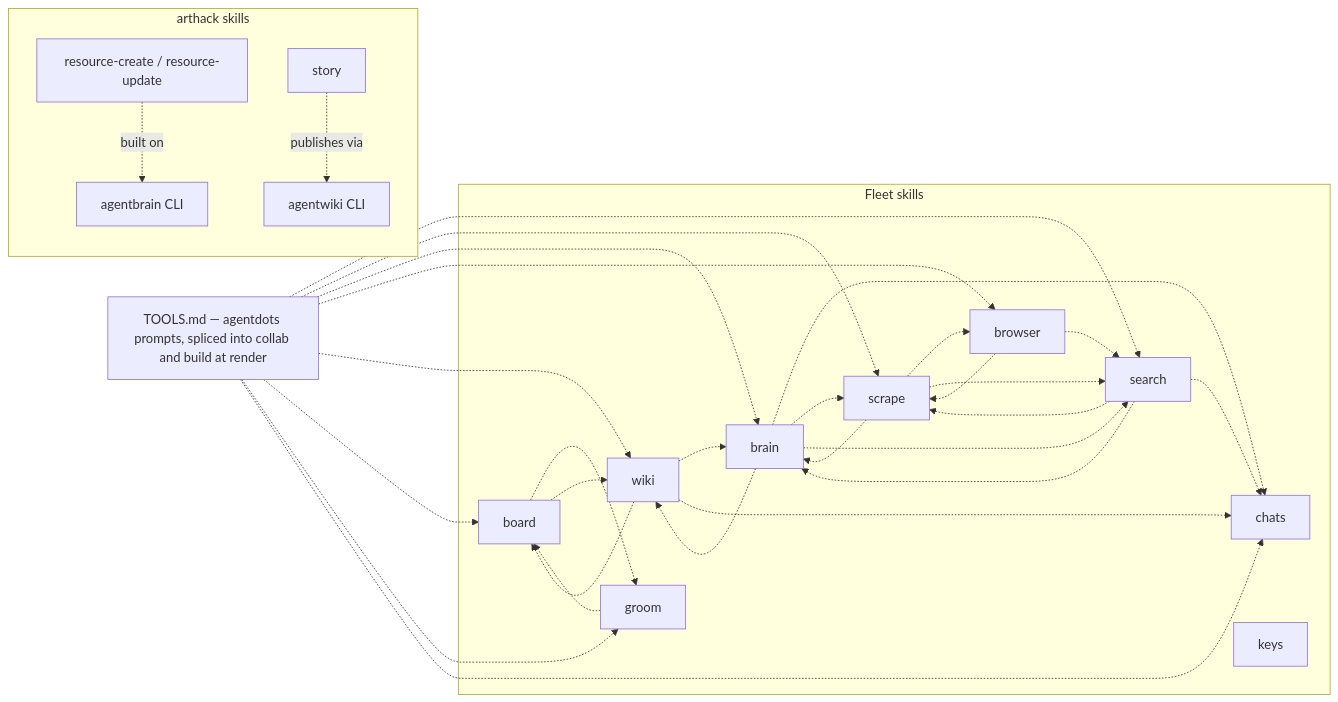
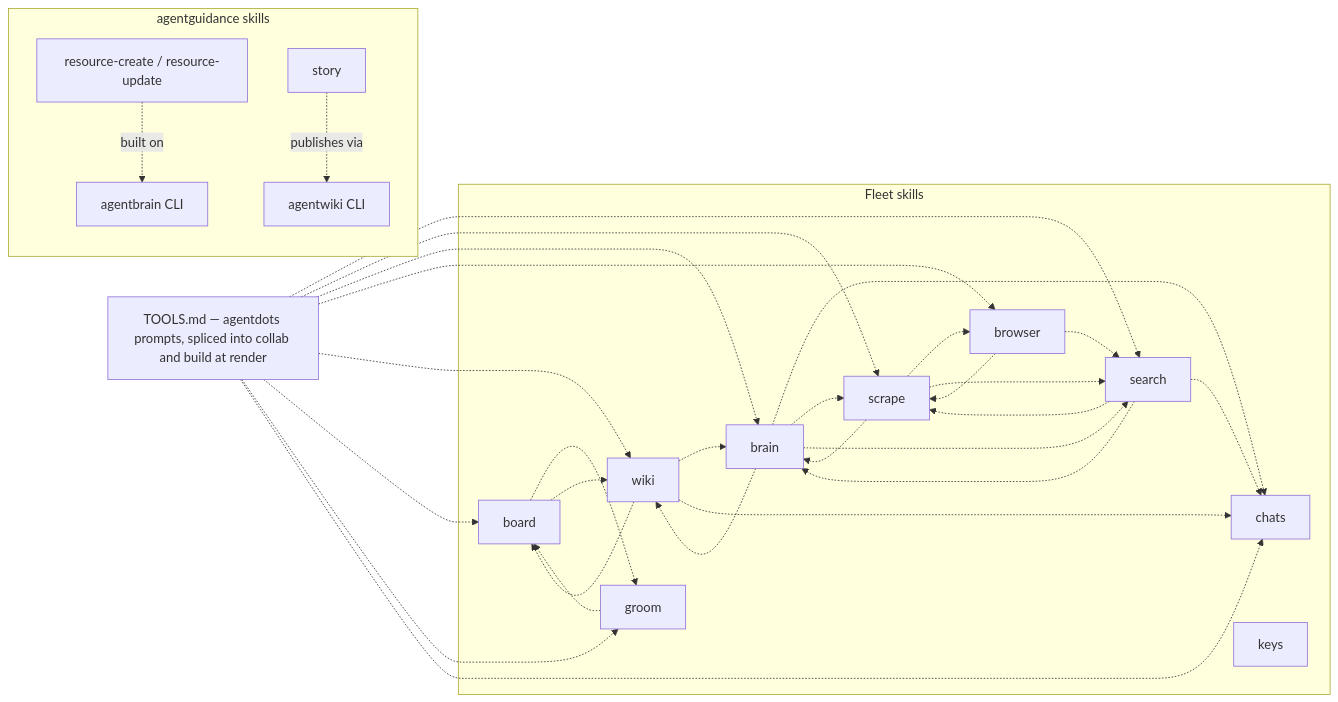
One commit to possibilities/agentdots changed the third of 3 diagrams in skills/fleet/MAP.md. Above: the diagram before and after it, drawn with Mermaid. The commit also changed other lines of this file and 10 other files, not shown here.

First line of the commit message:
arthack becomes agentguidance, a scan participant with a post-sync hook

````diff
--- a/skills/fleet/MAP.md
+++ b/skills/fleet/MAP.md
@@ -82,21 +82,21 @@
 ```mermaid
 flowchart LR
     subgraph fleetSkills [Fleet skills]
         board -.-> groom & wiki
         groom -.-> board
         brain -.-> chats & scrape & search & wiki
         scrape -.-> brain & browser & search
         search -.-> brain & chats & scrape
         browser -.-> scrape & search
         wiki -.-> board & brain & chats
         chats
         keys
     end
 
-    subgraph arthackSkills [arthack skills]
+    subgraph guidanceSkills [agentguidance skills]
         resource[resource-create / resource-update] -.->|built on| brainCli[agentbrain CLI]
         story -.->|publishes via| wikiCli[agentwiki CLI]
     end
 
     tools[TOOLS.md — agentdots prompts, spliced into collab and build at render] -.-> search & scrape & brain & browser & wiki & board & groom & chats
 ```
````
